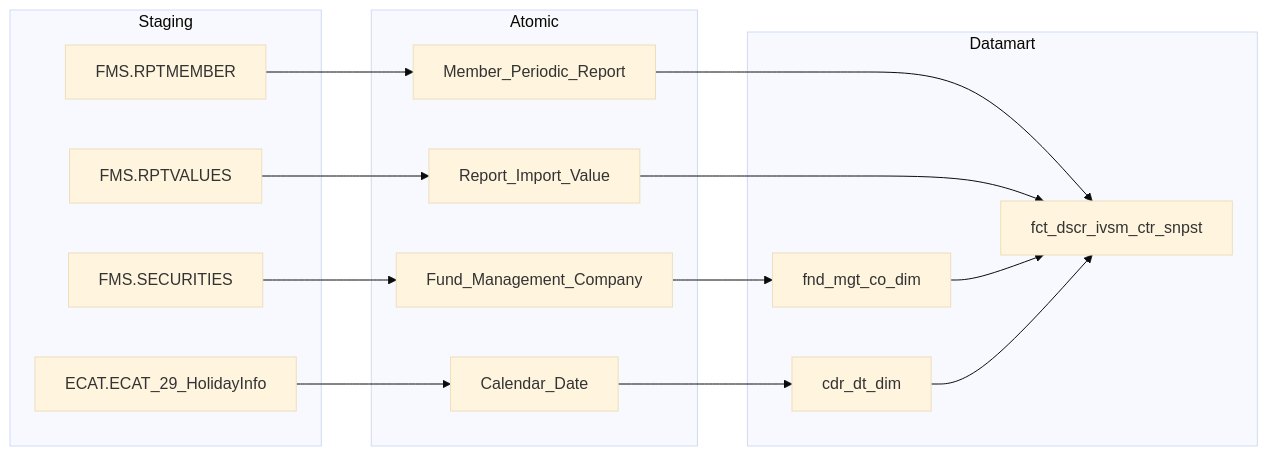
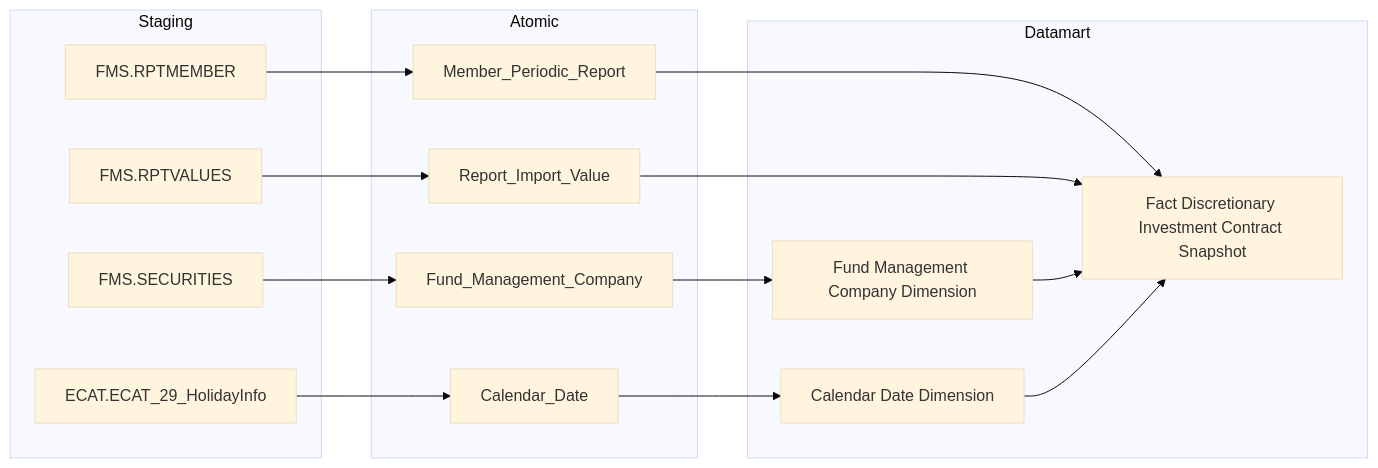
The second of 9 diagrams in docs/output/datamart/FMS/DTM_FMS_PTTK.md (linhlvit/ubck_atomic_design), drawn with Mermaid (base theme) before and after one commit. The commit also changed other lines of this file and 2 other files, not shown here.

````diff
--- a/docs/output/datamart/FMS/DTM_FMS_PTTK.md
+++ b/docs/output/datamart/FMS/DTM_FMS_PTTK.md
@@ -74,30 +74,30 @@
 ```mermaid
 flowchart LR
   subgraph Staging
     FMS_RPTMEMBER["FMS.RPTMEMBER"]
     FMS_RPTVALUES["FMS.RPTVALUES"]
     FMS_SECURITIES["FMS.SECURITIES"]
     ECAT_ECAT_29_HolidayInfo["ECAT.ECAT_29_HolidayInfo"]
   end
   subgraph Atomic
     Member_Periodic_Report
     Report_Import_Value
     Fund_Management_Company
     Calendar_Date
   end
   subgraph Datamart
-    fct_dscr_ivsm_ctr_snpst
-    fnd_mgt_co_dim
-    cdr_dt_dim
+    fct_dscr_ivsm_ctr_snpst["Fact Discretionary Investment Contract Snapshot"]
+    fnd_mgt_co_dim["Fund Management Company Dimension"]
+    cdr_dt_dim["Calendar Date Dimension"]
   end
   FMS_RPTMEMBER --> Member_Periodic_Report
   FMS_RPTVALUES --> Report_Import_Value
   FMS_SECURITIES --> Fund_Management_Company
   ECAT_ECAT_29_HolidayInfo --> Calendar_Date
   Member_Periodic_Report --> fct_dscr_ivsm_ctr_snpst
   Report_Import_Value --> fct_dscr_ivsm_ctr_snpst
   Fund_Management_Company --> fnd_mgt_co_dim
   Calendar_Date --> cdr_dt_dim
   fnd_mgt_co_dim --> fct_dscr_ivsm_ctr_snpst
   cdr_dt_dim --> fct_dscr_ivsm_ctr_snpst
 ```
````
